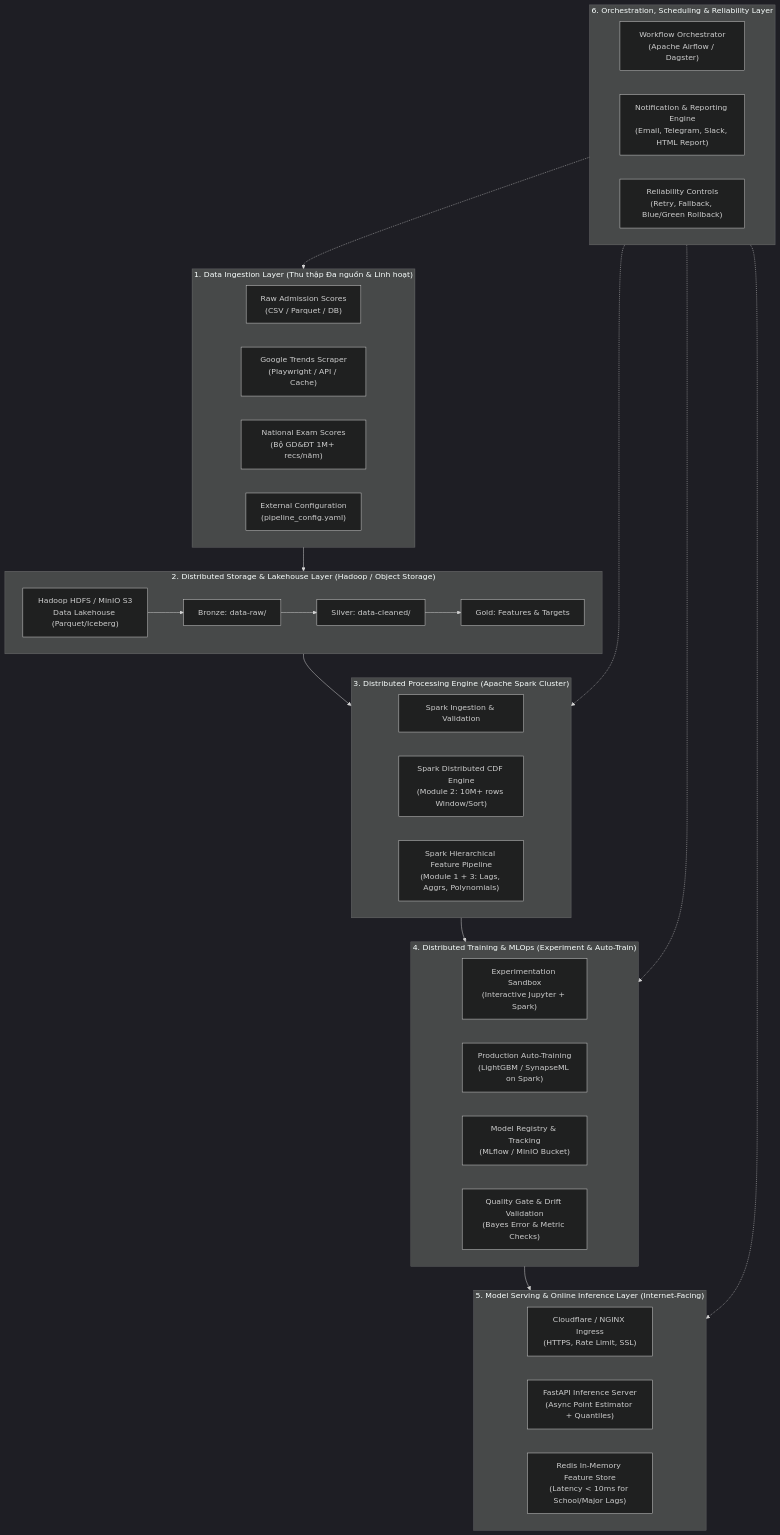
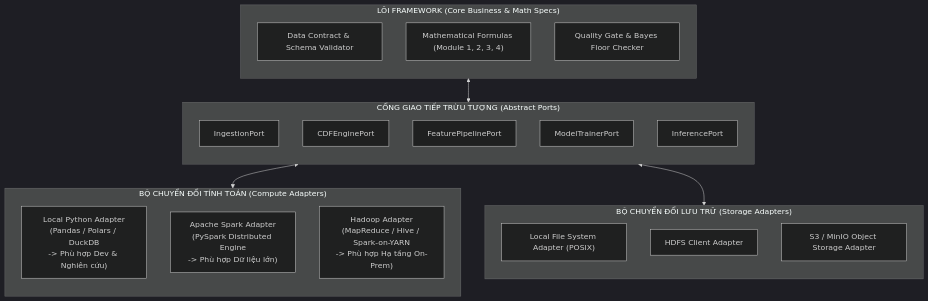
One commit to MinhQuan805/IS405.R11-Big-Data changed the second of 7 diagrams in docs/big-data-processing-implement-plan.md. Above: the diagram before and after it, drawn with Mermaid (dark theme). The commit also changed other lines of this file, not shown here.

````diff
--- a/docs/big-data-processing-implement-plan.md
+++ b/docs/big-data-processing-implement-plan.md
@@ -50,51 +118,36 @@
 ```mermaid
 flowchart TD
-    subgraph S1["1. Data Ingestion Layer (Thu thập Đa nguồn & Linh hoạt)"]
-        D1["Raw Admission Scores\n(CSV / Parquet / DB)"]
-        D2["Google Trends Scraper\n(Playwright / API / Cache)"]
-        D3["National Exam Scores\n(Bộ GD&ĐT 1M+ recs/năm)"]
-        CFG["External Configuration\n(pipeline_config.yaml)"]
+    subgraph CORE["LÕI FRAMEWORK (Core Business & Math Specs)"]
+        direction TB
+        SCHEMA["Data Contract & Schema Validator"]
+        MATH["Mathematical Formulas (Module 1, 2, 3, 4)"]
+        GATE["Quality Gate & Bayes Floor Checker"]
     end
 
-    subgraph S2["2. Distributed Storage & Lakehouse Layer (Hadoop / Object Storage)"]
-        HDFS["Hadoop HDFS / MinIO S3\nData Lakehouse (Parquet/Iceberg)"]
-        RAW["Bronze: data-raw/"]
-        CLEAN["Silver: data-cleaned/"]
-        GOLD["Gold: Features & Targets"]
-        HDFS --> RAW --> CLEAN --> GOLD
+    subgraph PORTS["CỔNG GIAO TIẾP TRỪU TƯỢNG (Abstract Ports)"]
+        direction TB
+        P_INGEST["IngestionPort"]
+        P_CDF["CDFEnginePort"]
+        P_FEAT["FeaturePipelinePort"]
+        P_TRAIN["ModelTrainerPort"]
+        P_SERVE["InferencePort"]
     end
 
-    subgraph S3["3. Distributed Processing Engine (Apache Spark Cluster)"]
-        SP_INGEST["Spark Ingestion & Validation"]
-        SP_CDF["Spark Distributed CDF Engine\n(Module 2: 10M+ rows Window/Sort)"]
-        SP_FE["Spark Hierarchical Feature Pipeline\n(Module 1 + 3: Lags, Aggrs, Polynomials)"]
+    subgraph ADAPTERS_COMPUTE["BỘ CHUYỂN ĐỔI TÍNH TOÁN (Compute Adapters)"]
+        direction TB
+        ADP_LOCAL["Local Python Adapter\n(Pandas / Polars / DuckDB\n-> Phù hợp Dev & Nghiên cứu)"]
+        ADP_SPARK["Apache Spark Adapter\n(PySpark Distributed Engine\n-> Phù hợp Dữ liệu lớn)"]
+        ADP_HADOOP["Hadoop Adapter\n(MapReduce / Hive / Spark-on-YARN\n-> Phù hợp Hạ tầng On-Prem)"]
     end
 
-    subgraph S4["4. Distributed Training & MLOps (Experiment & Auto-Train)"]
-        TRAIN_EXP["Experimentation Sandbox\n(Interactive Jupyter + Spark)"]
-        TRAIN_PROD["Production Auto-Training\n(LightGBM / SynapseML on Spark)"]
-        REGISTRY["Model Registry & Tracking\n(MLflow / MinIO Bucket)"]
-        EVAL_GATE["Quality Gate & Drift Validation\n(Bayes Error & Metric Checks)"]
+    subgraph ADAPTERS_STORAGE["BỘ CHUYỂN ĐỔI LƯU TRỮ (Storage Adapters)"]
+        direction TB
+        S_FS["Local File System Adapter (POSIX)"]
+        S_HDFS["HDFS Client Adapter"]
+        S_S3["S3 / MinIO Object Storage Adapter"]
     end
 
-    subgraph S5["5. Model Serving & Online Inference Layer (Internet-Facing)"]
-        INGRESS["Cloudflare / NGINX Ingress\n(HTTPS, Rate Limit, SSL)"]
-        API_GW["FastAPI Inference Server\n(Async Point Estimator + Quantiles)"]
-        REDIS["Redis In-Memory Feature Store\n(Latency < 10ms for School/Major Lags)"]
-    end
-
-    subgraph S6["6. Orchestration, Scheduling & Reliability Layer"]
-        ORCH["Workflow Orchestrator\n(Apache Airflow / Dagster)"]
-        ALERT["Notification & Reporting Engine\n(Email, Telegram, Slack, HTML Report)"]
-        AUTO_OPS["Reliability Controls\n(Retry, Fallback, Blue/Green Rollback)"]
-    end
-
-    S1 --> S2
-    S2 --> S3
-    S3 --> S4
-    S4 --> S5
-    S6 -.-> S1
-    S6 -.-> S3
-    S6 -.-> S4
-    S6 -.-> S5
+    CORE <--> PORTS
+    PORTS <--> ADAPTERS_COMPUTE
+    PORTS <--> ADAPTERS_STORAGE
 ```
````
